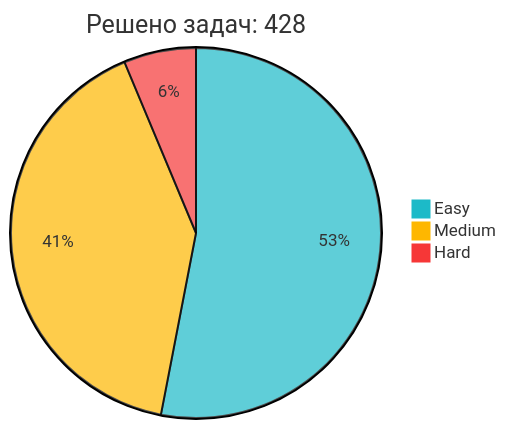
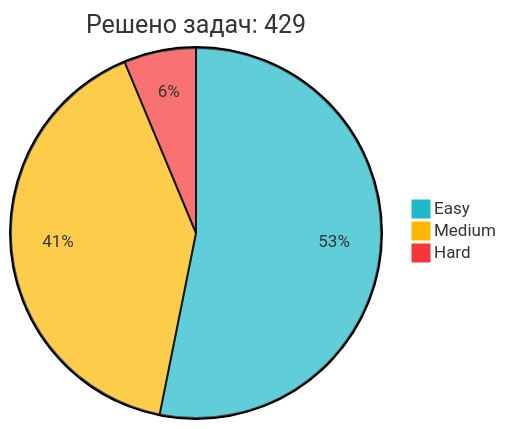
One commit to IliaKurdukov/IliaKurdukov changed the diagram in README.md. Above: the diagram before and after it, drawn with Mermaid. The commit also changed other lines of this file, not shown here.

Commit message:
📈 Обновление статистики LeetCode

````diff
--- a/README.md
+++ b/README.md
@@ -51,7 +51,7 @@
 ```mermaid
 %%{init: {'theme': 'base', 'themeVariables': { 'pie1': '#1CBAC8', 'pie2': '#FEB700', 'pie3': '#F63737' }, 'config': {'width': 300, 'height': 200}}}%%
-pie title Решено задач: 428
-   "Easy" : 227
+pie title Решено задач: 429
+   "Easy" : 228
    "Medium" : 174
    "Hard" : 27
 ```
````
